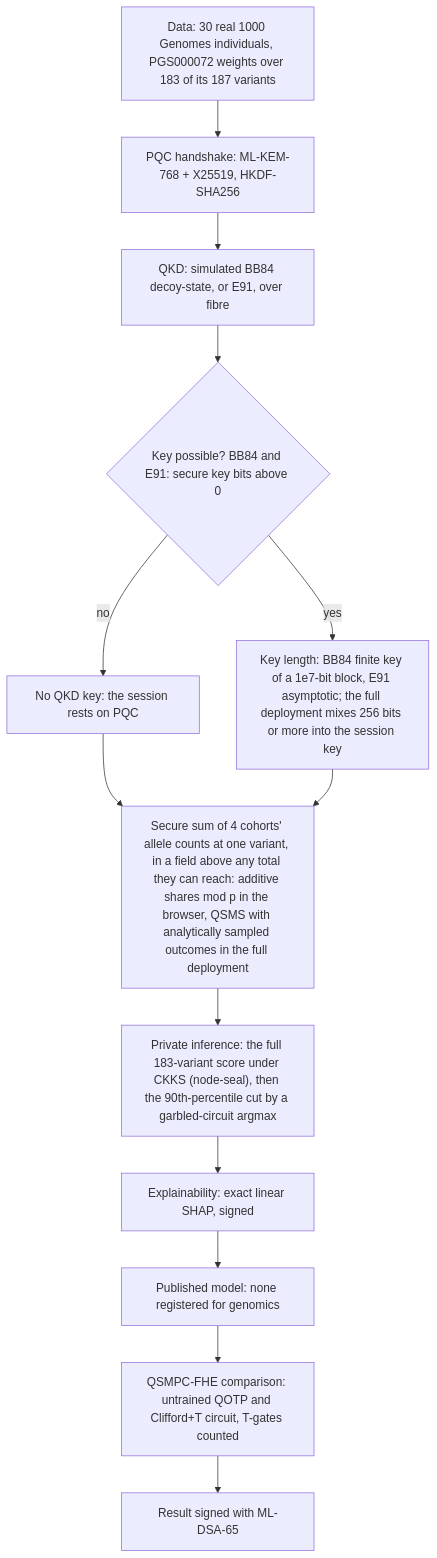
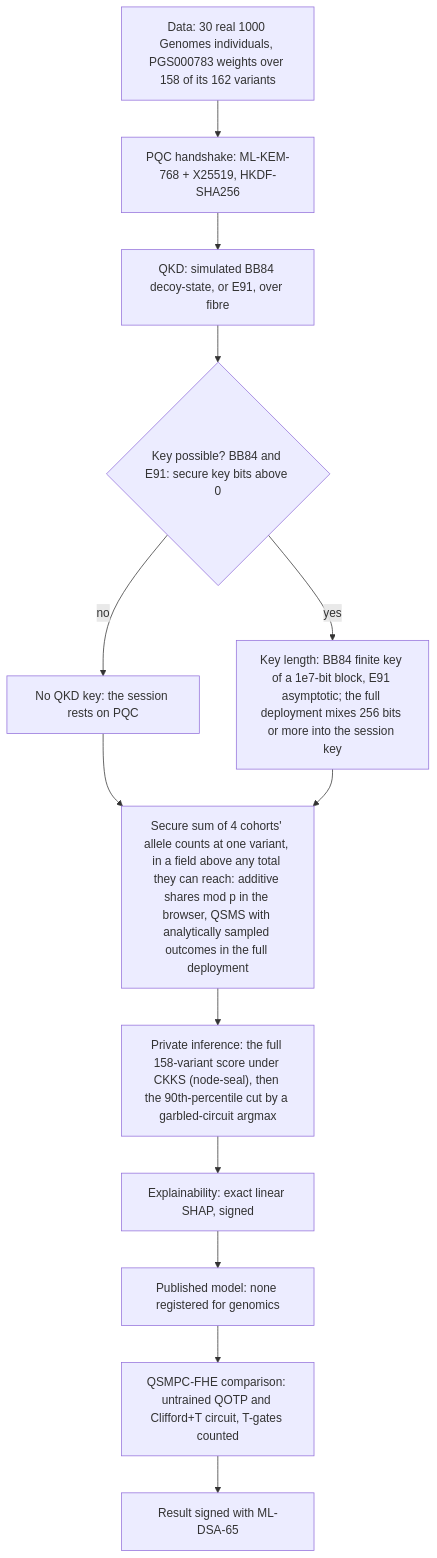
One commit to Quantum-Daemons/QSMPC-QKD-QHE-AI-Hybrid changed the fifth of 11 diagrams in README.md. Above: the diagram before and after it, drawn with Mermaid. The commit also changed 49 other files, not shown here.

First line of the commit message:
The genomics page scores PGS000783 (Kachuri et al. 2020, CC BY 3.0 IGO), PGS000072's variants re-weighted by beta/SE, and PGS000072 is retired and kept (the owner's choice of 2026-11-26)

````diff
--- a/README.md
+++ b/README.md
@@ -193,27 +193,27 @@
 ```mermaid
 flowchart TB
-  D["Data: 30 real 1000 Genomes individuals, PGS000072 weights over 183 of its 187 variants"]
+  D["Data: 30 real 1000 Genomes individuals, PGS000783 weights over 158 of its 162 variants"]
   H["PQC handshake: ML-KEM-768 + X25519, HKDF-SHA256"]
   K["QKD: simulated BB84 decoy-state, or E91, over fibre"]
   Q{"Key possible? BB84 and E91: secure key bits above 0"}
   N["No QKD key: the session rests on PQC"]
   L["Key length: BB84 finite key of a 1e7-bit block, E91 asymptotic; the full deployment mixes 256 bits or more into the session key"]
   P["Secure sum of 4 cohorts' allele counts at one variant, in a field above any total they can reach: additive shares mod p in the browser, QSMS with analytically sampled outcomes in the full deployment"]
-  I["Private inference: the full 183-variant score under CKKS (node-seal), then the 90th-percentile cut by a garbled-circuit argmax"]
+  I["Private inference: the full 158-variant score under CKKS (node-seal), then the 90th-percentile cut by a garbled-circuit argmax"]
   X["Explainability: exact linear SHAP, signed"]
   M["Published model: none registered for genomics"]
   C["QSMPC-FHE comparison: untrained QOTP and Clifford+T circuit, T-gates counted"]
   S["Result signed with ML-DSA-65"]
   D --> H
   H --> K
   K --> Q
   Q -->|no| N
   Q -->|yes| L
   N --> P
   L --> P
   P --> I
   I --> X
   X --> M
   M --> C
   C --> S
 ```
````
